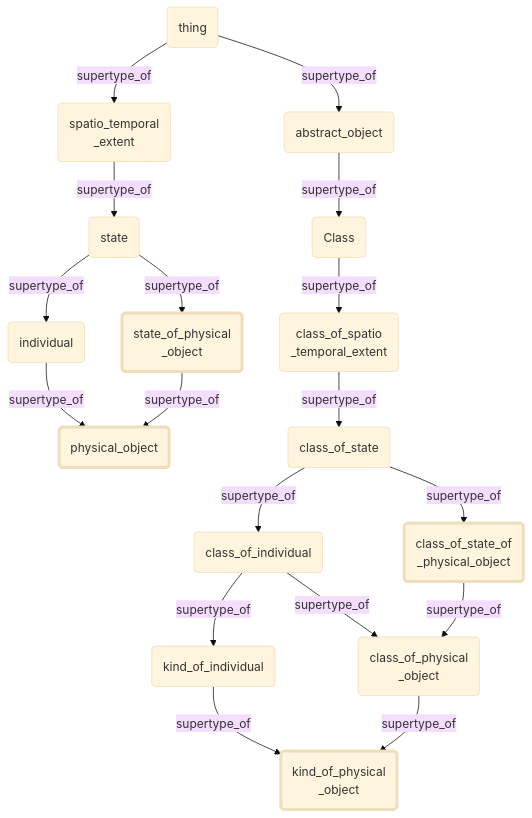
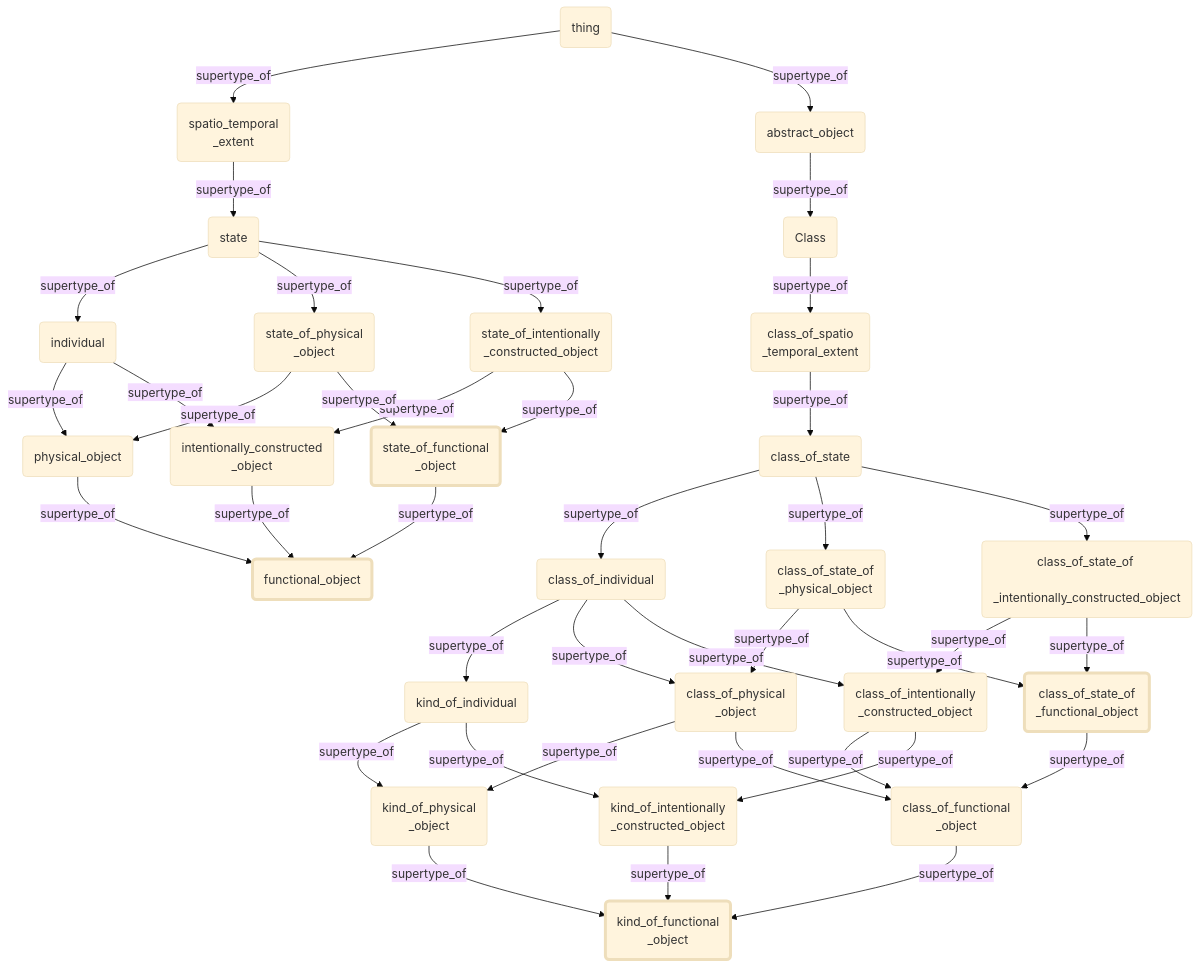
The diagram in docs/extras/example-files/individualEagleSupertypes.mermaid (ClimbingAl/HqdmPatterns), drawn with Mermaid (base theme) before and after one commit. The commit also changed 53 other files, not shown here.

````diff
--- a/docs/extras/example-files/individualEagleSupertypes.mermaid
+++ b/docs/extras/example-files/individualEagleSupertypes.mermaid
@@ -1,24 +1,45 @@
 ``` mermaid
 graph TD
   abstract_object(abstract_object)-->|supertype_of|Class(Class);
   thing(thing)-->|supertype_of|spatio_temporal_extent(spatio_temporal <br> _extent);
   class_of_state(class_of_state)-->|supertype_of|class_of_individual(class_of_individual);
   Class(Class)-->|supertype_of|class_of_spatio_temporal_extent(class_of_spatio <br> _temporal_extent);
   state(state)-->|supertype_of|individual(individual);
   spatio_temporal_extent(spatio_temporal <br> _extent)-->|supertype_of|state(state);
   class_of_individual(class_of_individual)-->|supertype_of|kind_of_individual(kind_of_individual);
   class_of_state_of_physical_object(class_of_state_of <br> _physical_object)-->|supertype_of|class_of_physical_object(class_of_physical <br> _object);
   class_of_individual(class_of_individual)-->|supertype_of|class_of_physical_object(class_of_physical <br> _object);
+  class_of_individual(class_of_individual)-->|supertype_of|class_of_intentionally_constructed_object(class_of_intentionally <br> _constructed_object);
+  class_of_state_of_intentionally_constructed_object(class_of_state_of <br> _intentionally_constructed_object)-->|supertype_of|class_of_intentionally_constructed_object(class_of_intentionally <br> _constructed_object);
   class_of_spatio_temporal_extent(class_of_spatio <br> _temporal_extent)-->|supertype_of|class_of_state(class_of_state);
   state_of_physical_object(state_of_physical <br> _object)-->|supertype_of|physical_object(physical_object);
   individual(individual)-->|supertype_of|physical_object(physical_object);
+  individual(individual)-->|supertype_of|intentionally_constructed_object(intentionally_constructed <br> _object);
+  state_of_intentionally_constructed_object(state_of_intentionally <br> _constructed_object)-->|supertype_of|intentionally_constructed_object(intentionally_constructed <br> _object);
   state(state)-->|supertype_of|state_of_physical_object(state_of_physical <br> _object);
+  state(state)-->|supertype_of|state_of_intentionally_constructed_object(state_of_intentionally <br> _constructed_object);
   kind_of_individual(kind_of_individual)-->|supertype_of|kind_of_physical_object(kind_of_physical <br> _object);
   class_of_physical_object(class_of_physical <br> _object)-->|supertype_of|kind_of_physical_object(kind_of_physical <br> _object);
+  class_of_state_of_functional_object(class_of_state_of <br> _functional_object)-->|supertype_of|class_of_functional_object(class_of_functional <br> _object);
+  class_of_intentionally_constructed_object(class_of_intentionally <br> _constructed_object)-->|supertype_of|class_of_functional_object(class_of_functional <br> _object);
+  class_of_physical_object(class_of_physical <br> _object)-->|supertype_of|class_of_functional_object(class_of_functional <br> _object);
+  class_of_intentionally_constructed_object(class_of_intentionally <br> _constructed_object)-->|supertype_of|kind_of_intentionally_constructed_object(kind_of_intentionally <br> _constructed_object);
+  kind_of_individual(kind_of_individual)-->|supertype_of|kind_of_intentionally_constructed_object(kind_of_intentionally <br> _constructed_object);
   class_of_state(class_of_state)-->|supertype_of|class_of_state_of_physical_object(class_of_state_of <br> _physical_object);
-  style physical_object stroke-width:4px;
-  style state_of_physical_object stroke-width:4px;
-  style kind_of_physical_object stroke-width:4px;
-  style class_of_state_of_physical_object stroke-width:4px;
+  class_of_state(class_of_state)-->|supertype_of|class_of_state_of_intentionally_constructed_object(class_of_state_of <br> _intentionally_constructed_object);
+  state_of_functional_object(state_of_functional <br> _object)-->|supertype_of|functional_object(functional_object);
+  physical_object(physical_object)-->|supertype_of|functional_object(functional_object);
+  intentionally_constructed_object(intentionally_constructed <br> _object)-->|supertype_of|functional_object(functional_object);
+  state_of_physical_object(state_of_physical <br> _object)-->|supertype_of|state_of_functional_object(state_of_functional <br> _object);
+  state_of_intentionally_constructed_object(state_of_intentionally <br> _constructed_object)-->|supertype_of|state_of_functional_object(state_of_functional <br> _object);
+  kind_of_physical_object(kind_of_physical <br> _object)-->|supertype_of|kind_of_functional_object(kind_of_functional <br> _object);
+  class_of_functional_object(class_of_functional <br> _object)-->|supertype_of|kind_of_functional_object(kind_of_functional <br> _object);
+  kind_of_intentionally_constructed_object(kind_of_intentionally <br> _constructed_object)-->|supertype_of|kind_of_functional_object(kind_of_functional <br> _object);
+  class_of_state_of_physical_object(class_of_state_of <br> _physical_object)-->|supertype_of|class_of_state_of_functional_object(class_of_state_of <br> _functional_object);
+  class_of_state_of_intentionally_constructed_object(class_of_state_of <br> _intentionally_constructed_object)-->|supertype_of|class_of_state_of_functional_object(class_of_state_of <br> _functional_object);
+  style functional_object stroke-width:4px;
+  style state_of_functional_object stroke-width:4px;
+  style kind_of_functional_object stroke-width:4px;
+  style class_of_state_of_functional_object stroke-width:4px;
   thing-->|supertype_of|abstract_object;
 ```
````
